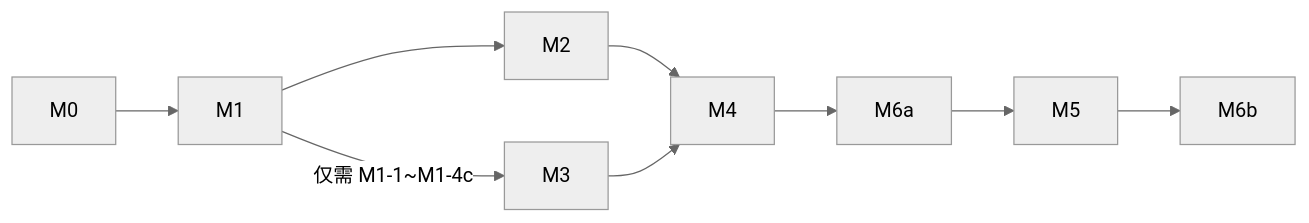
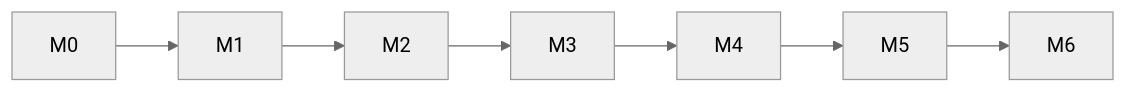
The second of 2 diagrams in project_docs/system_design.md (Assassin187/NePA), drawn with Mermaid (neutral theme) before and after one commit. The commit also changed other lines of this file and 10 other files, not shown here.

````diff
--- a/project_docs/system_design.md
+++ b/project_docs/system_design.md
@@ -2189,6 +2242,4 @@
 ```mermaid
 flowchart LR
-  M0 --> M1 --> M2 --> M4
-  M1 -- 仅需 M1-1~M1-4c --> M3 --> M4
-  M4 --> M6a --> M5 --> M6b
+  M0 --> M1 --> M2 --> M3 --> M4 --> M5 --> M6
 ```
````
